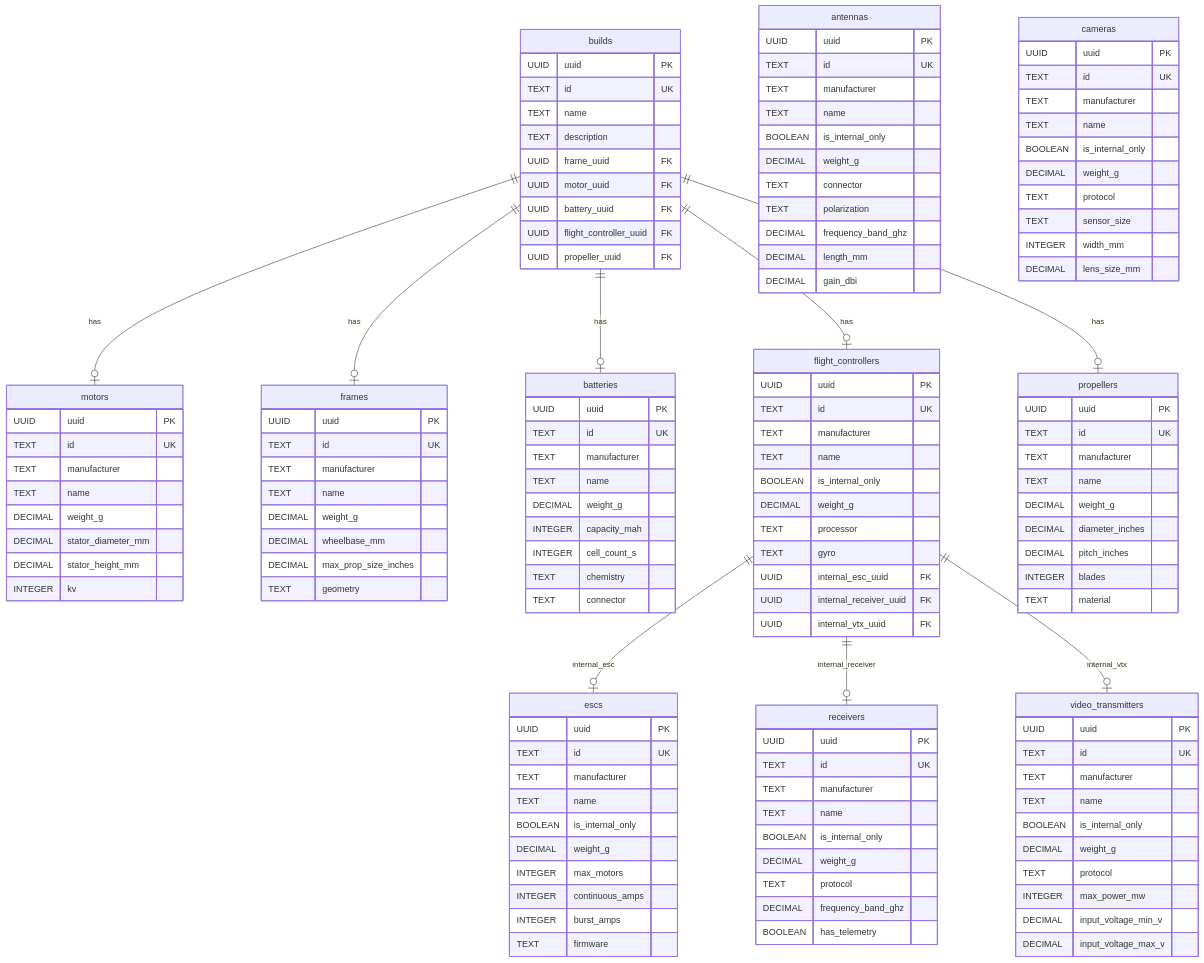
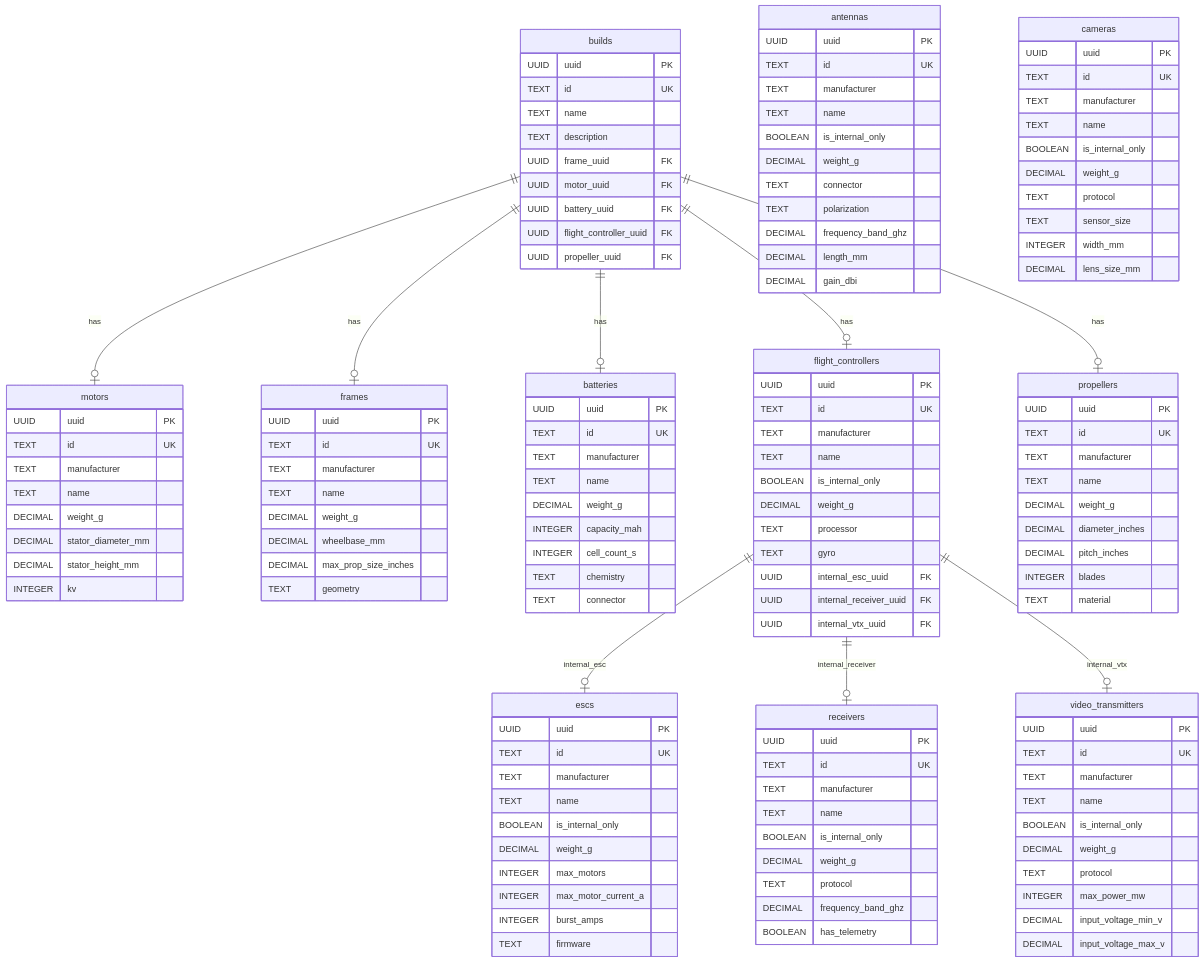
The diagram in backend/db/diagram.mermaid (rohitramu/quadsmith), drawn with Mermaid before and after one commit. The commit also changed 5 other files, not shown here.

Commit message:
Rename ESC continuous_amps to max_motor_current_a

```diff
--- a/backend/db/diagram.mermaid
+++ b/backend/db/diagram.mermaid
@@ -1,147 +1,147 @@
 erDiagram
     builds {
         UUID uuid PK
         TEXT id UK
         TEXT name
         TEXT description
         UUID frame_uuid FK
         UUID motor_uuid FK
         UUID battery_uuid FK
         UUID flight_controller_uuid FK
         UUID propeller_uuid FK
     }
 
     motors {
         UUID uuid PK
         TEXT id UK
         TEXT manufacturer
         TEXT name
         DECIMAL weight_g
         DECIMAL stator_diameter_mm
         DECIMAL stator_height_mm
         INTEGER kv
     }
 
     frames {
         UUID uuid PK
         TEXT id UK
         TEXT manufacturer
         TEXT name
         DECIMAL weight_g
         DECIMAL wheelbase_mm
         DECIMAL max_prop_size_inches
         TEXT geometry
     }
 
     batteries {
         UUID uuid PK
         TEXT id UK
         TEXT manufacturer
         TEXT name
         DECIMAL weight_g
         INTEGER capacity_mah
         INTEGER cell_count_s
         TEXT chemistry
         TEXT connector
     }
 
     flight_controllers {
         UUID uuid PK
         TEXT id UK
         TEXT manufacturer
         TEXT name
         BOOLEAN is_internal_only
         DECIMAL weight_g
         TEXT processor
         TEXT gyro
         UUID internal_esc_uuid FK
         UUID internal_receiver_uuid FK
         UUID internal_vtx_uuid FK
     }
 
     escs {
         UUID uuid PK
         TEXT id UK
         TEXT manufacturer
         TEXT name
         BOOLEAN is_internal_only
         DECIMAL weight_g
         INTEGER max_motors
-        INTEGER continuous_amps
+        INTEGER max_motor_current_a
         INTEGER burst_amps
         TEXT firmware
     }
 
     receivers {
         UUID uuid PK
         TEXT id UK
         TEXT manufacturer
         TEXT name
         BOOLEAN is_internal_only
         DECIMAL weight_g
         TEXT protocol
         DECIMAL frequency_band_ghz
         BOOLEAN has_telemetry
     }
 
     video_transmitters {
         UUID uuid PK
         TEXT id UK
         TEXT manufacturer
         TEXT name
         BOOLEAN is_internal_only
         DECIMAL weight_g
         TEXT protocol
         INTEGER max_power_mw
         DECIMAL input_voltage_min_v
         DECIMAL input_voltage_max_v
     }
 
     antennas {
         UUID uuid PK
         TEXT id UK
         TEXT manufacturer
         TEXT name
         BOOLEAN is_internal_only
         DECIMAL weight_g
         TEXT connector
         TEXT polarization
         DECIMAL frequency_band_ghz
         DECIMAL length_mm
         DECIMAL gain_dbi
     }
 
     propellers {
         UUID uuid PK
         TEXT id UK
         TEXT manufacturer
         TEXT name
         DECIMAL weight_g
         DECIMAL diameter_inches
         DECIMAL pitch_inches
         INTEGER blades
         TEXT material
     }
 
     cameras {
         UUID uuid PK
         TEXT id UK
         TEXT manufacturer
         TEXT name
         BOOLEAN is_internal_only
         DECIMAL weight_g
         TEXT protocol
         TEXT sensor_size
         INTEGER width_mm
         DECIMAL lens_size_mm
     }
 
     builds ||--o| frames : has
     builds ||--o| motors : has
     builds ||--o| batteries : has
     builds ||--o| flight_controllers : has
     builds ||--o| propellers : has
 
     flight_controllers ||--o| escs : internal_esc
     flight_controllers ||--o| receivers : internal_receiver
     flight_controllers ||--o| video_transmitters : internal_vtx
```
